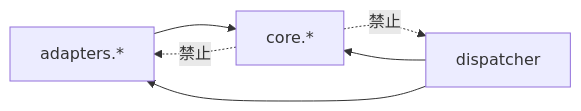
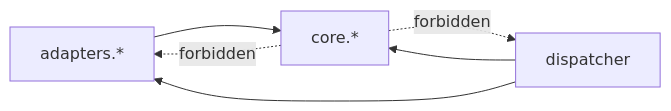
One commit to bibi-meow/dynamic-prompt-harness changed the fifth of 6 diagrams in docs/swe/swe.2-software-architecture.md. Above: the diagram before and after it, drawn with Mermaid. The commit also changed other lines of this file and 3 other files, not shown here.

````diff
--- a/docs/swe/swe.2-software-architecture.md
+++ b/docs/swe/swe.2-software-architecture.md
@@ -213,8 +213,8 @@
 ```mermaid
 graph LR
     A[adapters.*] --> C[core.*]
     D[dispatcher] --> A
     D --> C
-    C -.禁止.-> A
-    C -.禁止.-> D
+    C -.forbidden.-> A
+    C -.forbidden.-> D
 ```
````
